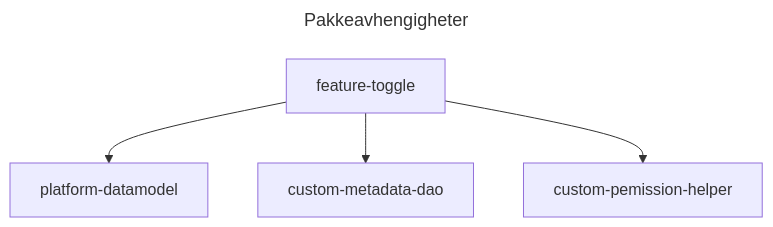
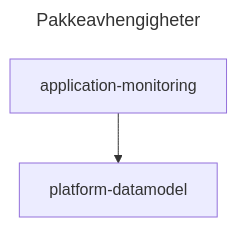
The diagram in src/application-monitoring/README.md (navikt/sf-platform), drawn with Mermaid before and after one commit. The commit also changed other lines of this file, not shown here.

Commit message:
Added how to use in readme for application-monitoring package

````diff
--- a/src/application-monitoring/README.md
+++ b/src/application-monitoring/README.md
@@ -91,9 +35,7 @@
 ```mermaid
 ---
 title: Pakkeavhengigheter
 ---
 graph TD
-    feature-toggle --> platform-datamodel;
-    feature-toggle --> custom-metadata-dao;
-    feature-toggle --> custom-pemission-helper
+    application-monitoring --> platform-datamodel;
 ```
````
